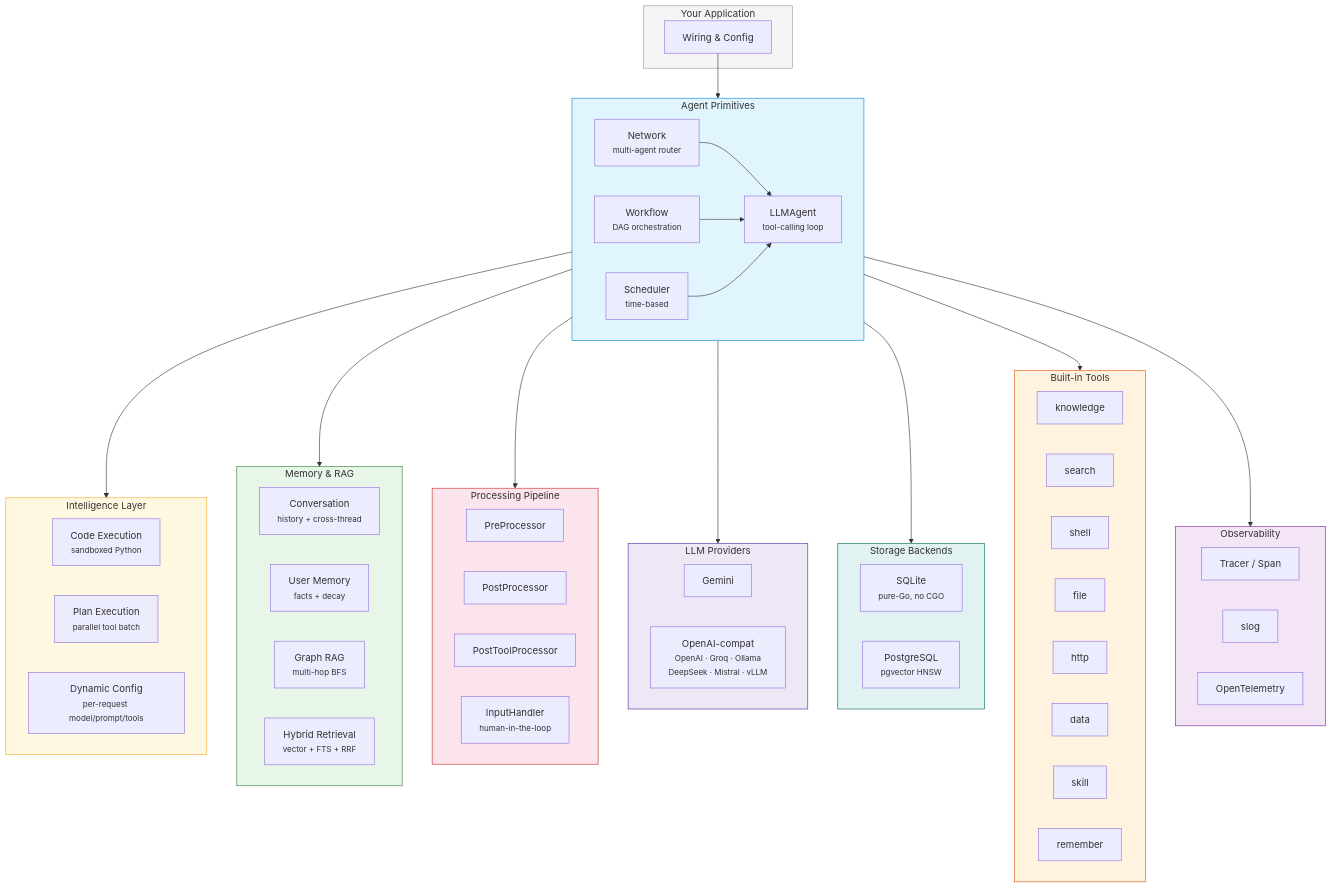
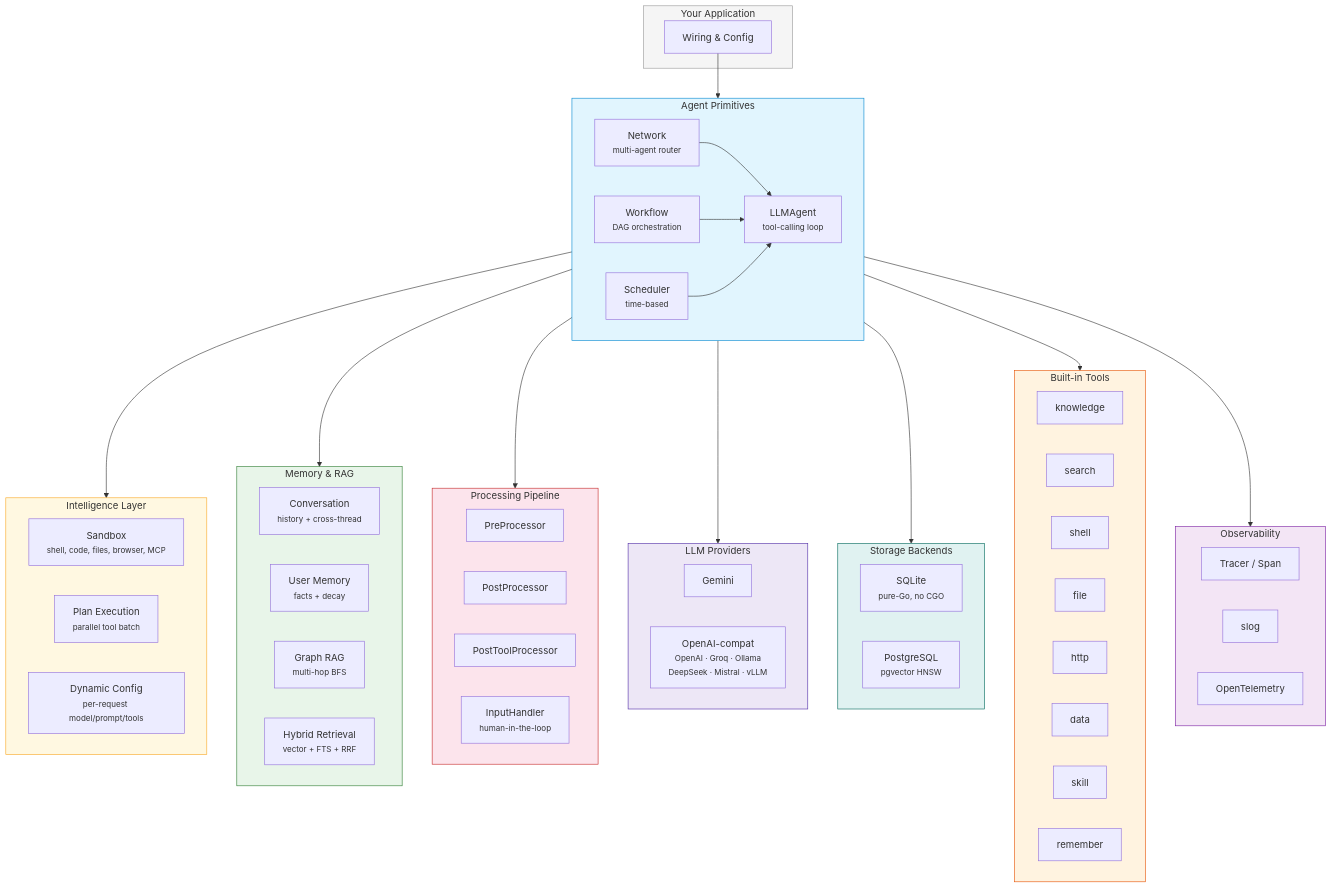
The first of 9 diagrams in docs/index.md (nevindra/oasis), drawn with Mermaid before and after one commit. The commit also changed other lines of this file and 59 other files, not shown here.

```diff
--- a/docs/index.md
+++ b/docs/index.md
@@ -24,7 +24,7 @@
 
     subgraph INTELLIGENCE["Intelligence Layer"]
         direction LR
-        CODE["Code Execution<br/><small>sandboxed Python</small>"]
+        CODE["Sandbox<br/><small>shell, code, files, browser, MCP</small>"]
         PLAN["Plan Execution<br/><small>parallel tool batch</small>"]
         DYN["Dynamic Config<br/><small>per-request model/prompt/tools</small>"]
     end
```
